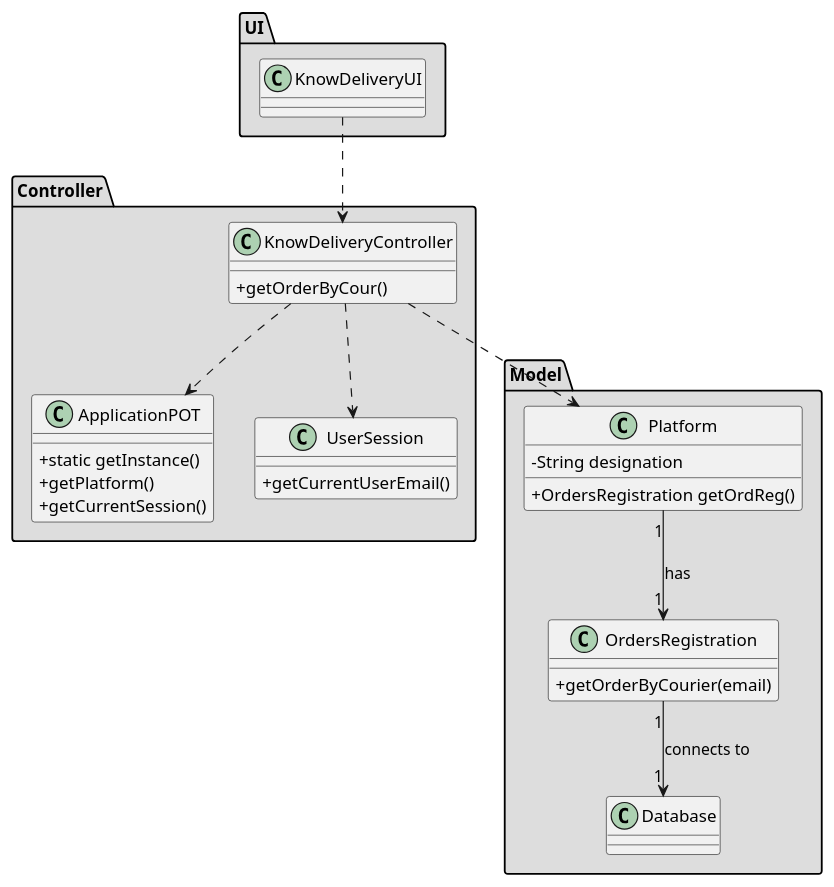
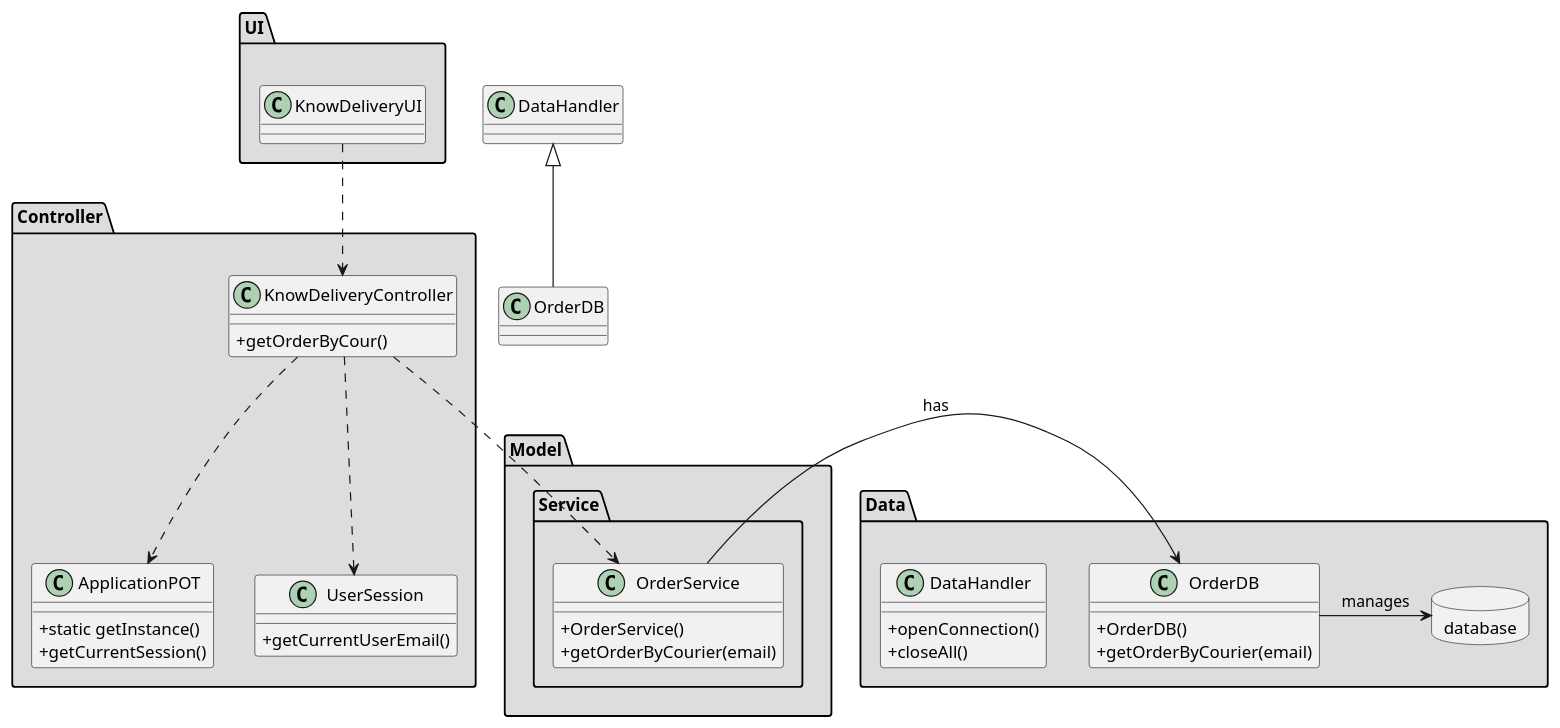
Before and after one commit to tiagoavcosta25/LAPR3: the diagram in docs/Iteration 2/Delivery Management/Refinement/US48_KnowDelivery/US48_CD.puml, drawn with PlantUML. The commit also changed 18 other files, not shown here.

Commit message:
LAPR2AP2-48 #refining design and fix all diagrams [Design] LAPR2AP2-121 #refining design and fix all diagrams [Design] LAPR2AP2-127 #refining design and fix all diagrams [Design]

```diff
--- a/docs/Iteration 2/Delivery Management/Refinement/US48_KnowDelivery/US48_CD.puml
+++ b/docs/Iteration 2/Delivery Management/Refinement/US48_KnowDelivery/US48_CD.puml
@@ -1,45 +1,54 @@
 @startuml
 skinparam classAttributeIconSize 0
 
 package "Controller" #DDDDDD {
 class ApplicationPOT
 {
   +static getInstance()
-  +getPlatform()
   +getCurrentSession()
 }
 
 class UserSession
 {
   +getCurrentUserEmail()
 }
 class KnowDeliveryController{
 +getOrderByCour()
 }
 }
 package "UI" #DDDDDD {
 class KnowDeliveryUI{
 
 }
 }
 package "Model" #DDDDDD {
-class Platform {
-  -String designation
-  +OrdersRegistration getOrdReg()
+package Service #DDDDDD {
+
+class OrderService{
++OrderService()
++getOrderByCourier(email)
+}
+}
+}
+package "Data" #DDDDDD {
+class DataHandler{
++openConnection()
++closeAll()
 }
 
-class OrdersRegistration{
-+getOrderByCourier(email)
-}
-class Database{
-}
-}
-
+ class OrderDB{
+ +OrderDB()
+ +getOrderByCourier(email)
+ }
+ database database{
+ }
+ }
 KnowDeliveryUI ..> KnowDeliveryController
-KnowDeliveryController ..> Platform
 KnowDeliveryController ..> ApplicationPOT
 KnowDeliveryController ..> UserSession
-Platform "1" --> "1" OrdersRegistration : has
-OrdersRegistration "1" --> "1" Database : connects to
+KnowDeliveryController ..> OrderService
+OrderService  ->  OrderDB : has
+OrderDB -> database : manages
+class OrderDB extends DataHandler
 
 @enduml
```
